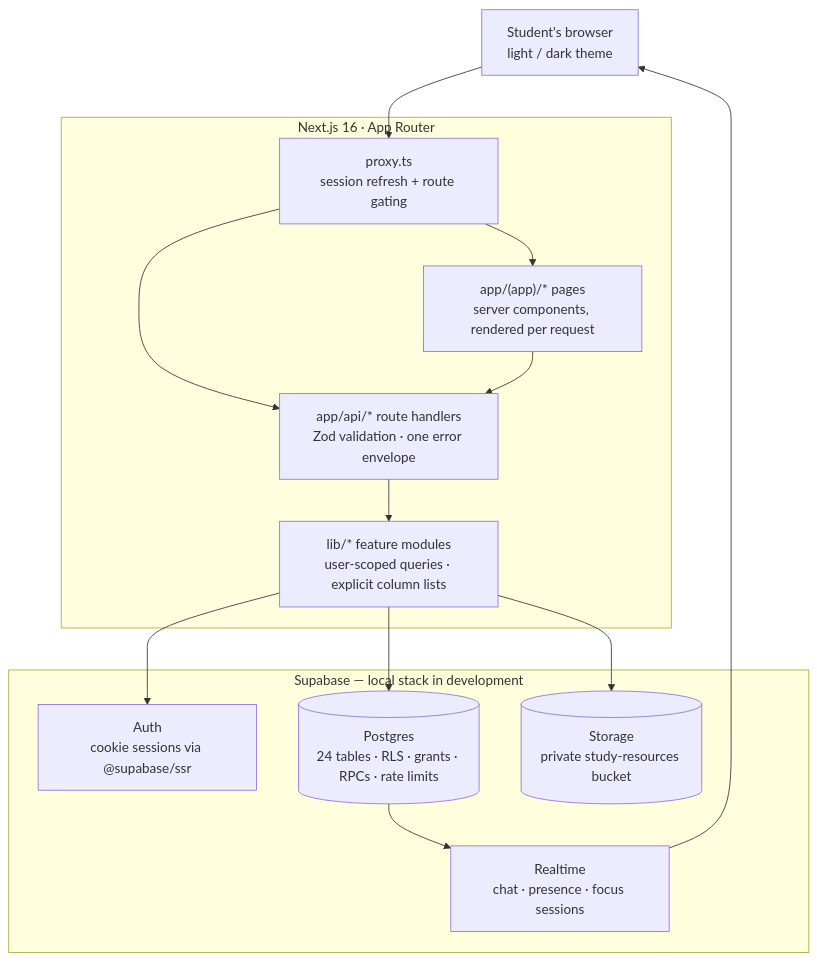
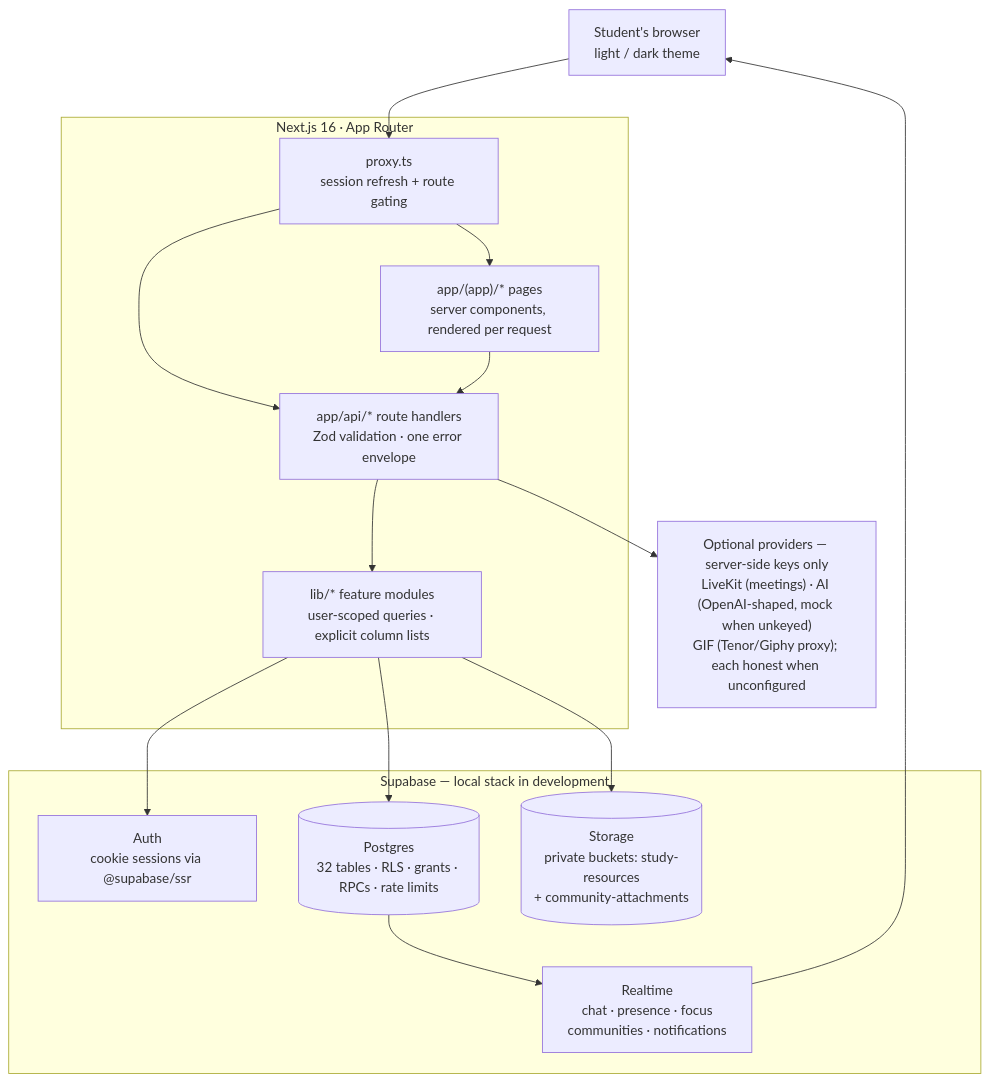
One commit to chanukyareddygopala07/sdyroom changed the first of 2 diagrams in README.md. Above: the diagram before and after it, drawn with Mermaid. The commit also changed other lines of this file and 4 other files, not shown here.

First line of the commit message:
docs: update README and architecture for current features

````diff
--- a/README.md
+++ b/README.md
@@ -152,29 +188,32 @@
 ```mermaid
 flowchart TB
     U["Student's browser<br/>light / dark theme"]
 
     subgraph APP["Next.js 16 · App Router"]
         P["proxy.ts<br/>session refresh + route gating"]
         R["app/(app)/* pages<br/>server components, rendered per request"]
         H["app/api/* route handlers<br/>Zod validation · one error envelope"]
         L["lib/* feature modules<br/>user-scoped queries · explicit column lists"]
     end
 
     subgraph SUP["Supabase — local stack in development"]
         A["Auth<br/>cookie sessions via @supabase/ssr"]
-        D[("Postgres<br/>24 tables · RLS · grants · RPCs · rate limits")]
-        S[("Storage<br/>private study-resources bucket")]
-        T["Realtime<br/>chat · presence · focus sessions"]
+        D[("Postgres<br/>32 tables · RLS · grants · RPCs · rate limits")]
+        S[("Storage<br/>private buckets: study-resources<br/>+ community-attachments")]
+        T["Realtime<br/>chat · presence · focus<br/>communities · notifications"]
     end
+
+    X["Optional providers — server-side keys only<br/>LiveKit (meetings) · AI (OpenAI-shaped, mock when unkeyed)<br/>GIF (Tenor/Giphy proxy); each honest when unconfigured"]
 
     U --> P
     P --> R
     P --> H
     R --> H
     H --> L
     L --> A
     L --> D
     L --> S
+    H --> X
     D --> T
     T --> U
 ```
````
